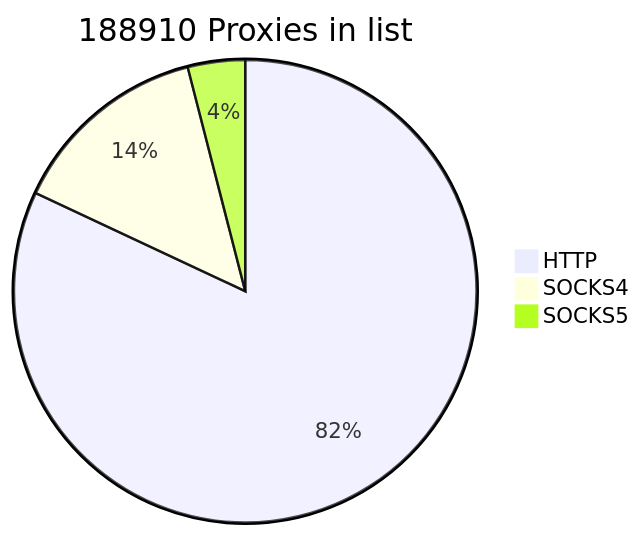
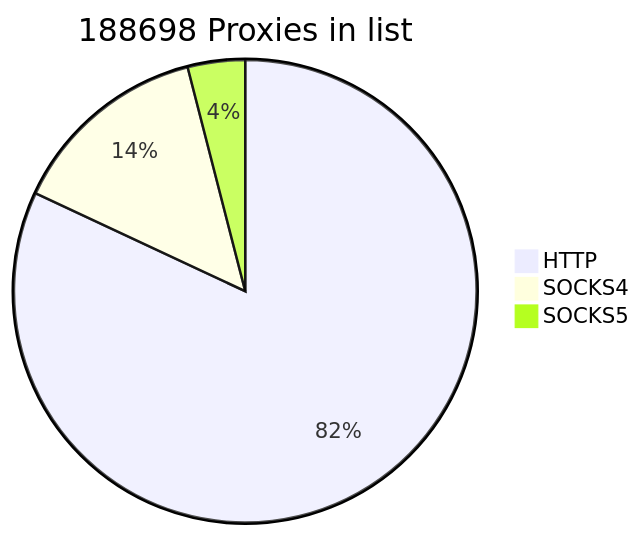
Before and after one commit to cutipu/proxylist: the first of 2 diagrams in README.md, drawn with Mermaid. The commit also changed other lines of this file, not shown here.

````diff
--- a/README.md
+++ b/README.md
@@ -2,7 +2,7 @@
 ```mermaid
-pie title 188910 Proxies in list
-    "HTTP" : 154865
-    "SOCKS4" : 26484
-    "SOCKS5" : 7561
+pie title 188698 Proxies in list
+    "HTTP" : 154663
+    "SOCKS4" : 26475
+    "SOCKS5" : 7560
             
 ```
````
